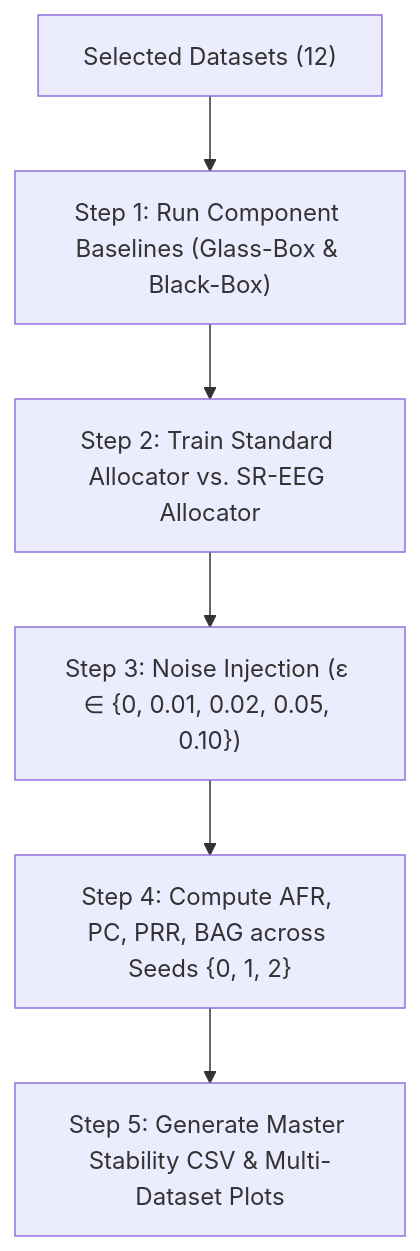
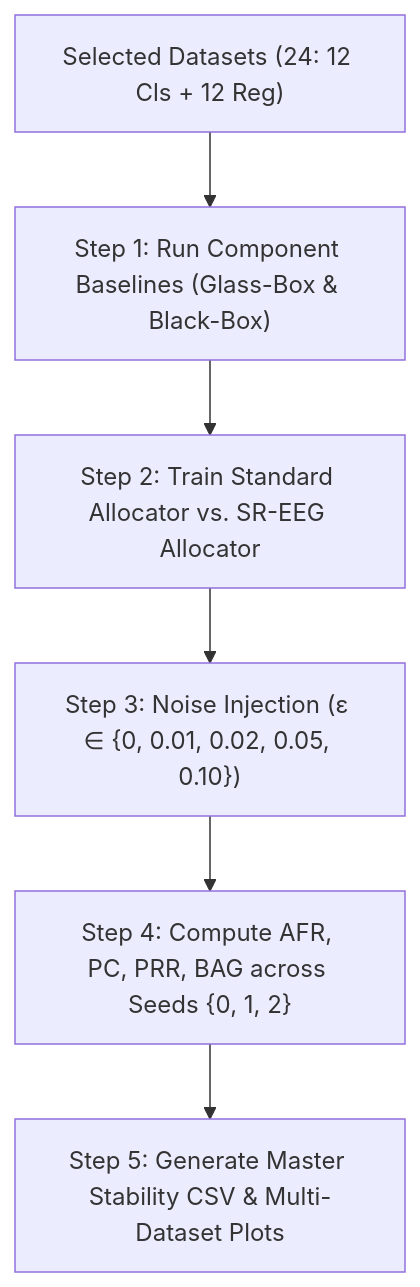
Before and after one commit to Akash-Purbhi/XAI-Project: the first of 2 diagrams in EXECUTION_PLAN_GAP3_GAP6.md, drawn with Mermaid. The commit also changed other lines of this file and 54 other files, not shown here.

````diff
--- a/EXECUTION_PLAN_GAP3_GAP6.md
+++ b/EXECUTION_PLAN_GAP3_GAP6.md
@@ -56,8 +68,8 @@
 ```mermaid
 flowchart TD
-    A["Selected Datasets (12)"] --> B["Step 1: Run Component Baselines (Glass-Box & Black-Box)"]
+    A["Selected Datasets (24: 12 Cls + 12 Reg)"] --> B["Step 1: Run Component Baselines (Glass-Box & Black-Box)"]
     B --> C["Step 2: Train Standard Allocator vs. SR-EEG Allocator"]
     C --> D["Step 3: Noise Injection (ε ∈ {0, 0.01, 0.02, 0.05, 0.10})"]
     D --> E["Step 4: Compute AFR, PC, PRR, BAG across Seeds {0, 1, 2}"]
     E --> F["Step 5: Generate Master Stability CSV & Multi-Dataset Plots"]
 ```
````
